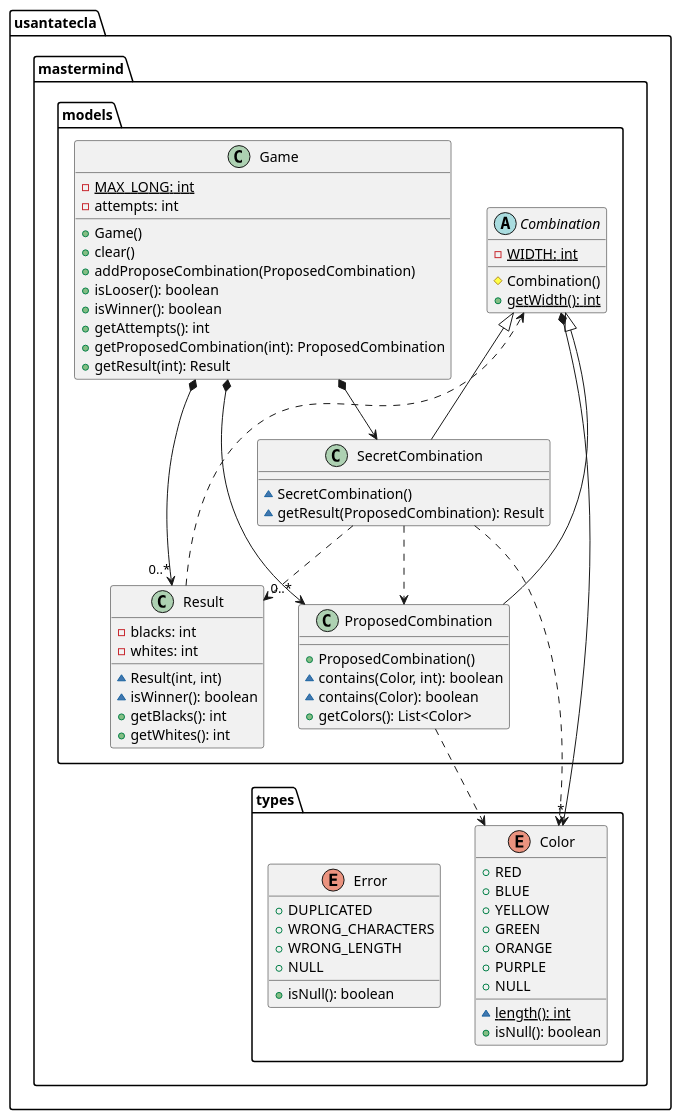
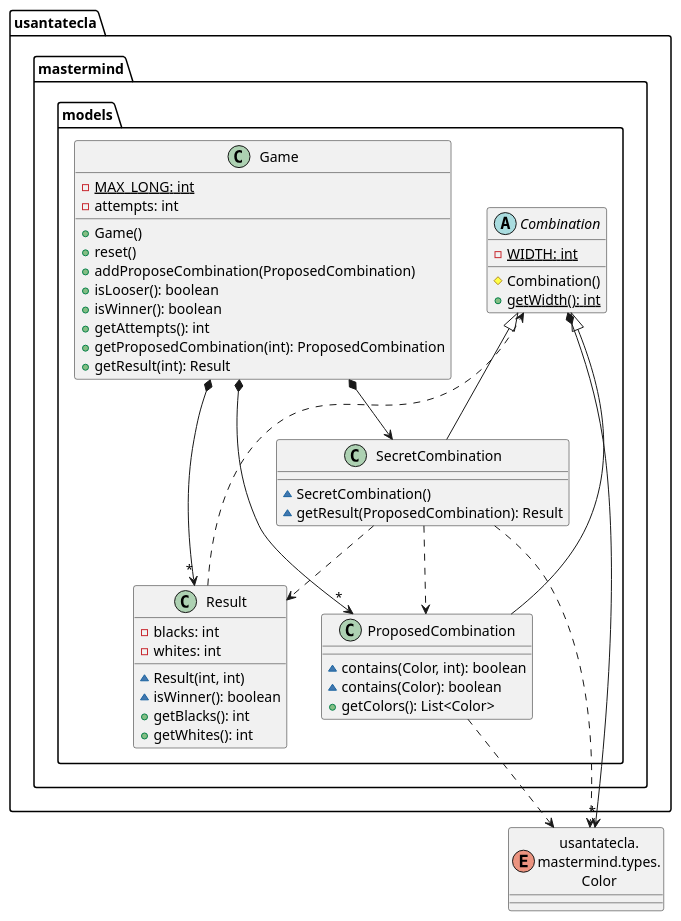
Before and after one commit to SantaTecla-mastermind/solution.java.swing.socket.sql: the fifth of 7 diagrams in documentView/withoutFactoryMethod/docs/diagrams/src/paquetes.plantuml, drawn with PlantUML. The commit also changed other lines of this file and 3 other files, not shown here.

```diff
--- a/documentView/withoutFactoryMethod/docs/diagrams/src/paquetes.plantuml
+++ b/documentView/withoutFactoryMethod/docs/diagrams/src/paquetes.plantuml
@@ -348,74 +348,54 @@
 @startuml usantatecla.mastermind.models
+enum Color as "usantatecla.\nmastermind.types.\nColor"
+
 abstract class usantatecla.mastermind.models.Combination {
-- {static} WIDTH: int
-# Combination()
-+ {static} getWidth(): int
+    - {static} WIDTH: int
+    # Combination()
+    + {static} getWidth(): int
 }
-usantatecla.mastermind.models.Combination *-down-> "*" usantatecla.mastermind.types.Color
+usantatecla.mastermind.models.Combination *-down-> "*" Color
 
 class usantatecla.mastermind.models.Game {
-- {static} MAX_LONG: int
-- attempts: int
-+ Game()
-+ clear()
-+ addProposeCombination(ProposedCombination)
-+ isLooser(): boolean
-+ isWinner(): boolean
-+ getAttempts(): int
-+ getProposedCombination(int): ProposedCombination
-+ getResult(int): Result
+    - {static} MAX_LONG: int
+    - attempts: int
+    + Game()
+    + reset()
+    + addProposeCombination(ProposedCombination)
+    + isLooser(): boolean
+    + isWinner(): boolean
+    + getAttempts(): int
+    + getProposedCombination(int): ProposedCombination
+    + getResult(int): Result
 }
 usantatecla.mastermind.models.Game *-down-> usantatecla.mastermind.models.SecretCombination
-usantatecla.mastermind.models.Game *-down-> "0..*" usantatecla.mastermind.models.Result
-usantatecla.mastermind.models.Game *-down-> "0..*" usantatecla.mastermind.models.ProposedCombination
+usantatecla.mastermind.models.Game *-down-> "*" usantatecla.mastermind.models.Result
+usantatecla.mastermind.models.Game *-down-> "*" usantatecla.mastermind.models.ProposedCombination
 
 class usantatecla.mastermind.models.ProposedCombination {
-+ ProposedCombination()
-~ contains(Color, int): boolean
-~ contains(Color): boolean
-+ getColors(): List<Color>
+    ~ contains(Color, int): boolean
+    ~ contains(Color): boolean
+    + getColors(): List<Color>
 }
-usantatecla.mastermind.models.Combination <|-down- usantatecla.mastermind.models.ProposedCombination
-usantatecla.mastermind.models.ProposedCombination ..> usantatecla.mastermind.types.Color
-
-class usantatecla.mastermind.models.SecretCombination {
-~ SecretCombination()
-~ getResult(ProposedCombination): Result
-}
-usantatecla.mastermind.models.Combination <|-down- usantatecla.mastermind.models.SecretCombination
-usantatecla.mastermind.models.SecretCombination ..> usantatecla.mastermind.models.Result
-usantatecla.mastermind.models.SecretCombination ..> usantatecla.mastermind.models.ProposedCombination
-usantatecla.mastermind.models.SecretCombination ..> usantatecla.mastermind.types.Color
+usantatecla.mastermind.models.ProposedCombination -up-|> usantatecla.mastermind.models.Combination
+usantatecla.mastermind.models.ProposedCombination ..> Color
 
 class usantatecla.mastermind.models.Result {
-- blacks: int
-- whites: int
-~ Result(int, int)
-~ isWinner(): boolean
-+ getBlacks(): int
-+ getWhites(): int
+    - blacks: int
+    - whites: int
+    ~ Result(int, int)
+    ~ isWinner(): boolean
+    + getBlacks(): int
+    + getWhites(): int
 }
 
 usantatecla.mastermind.models.Result ..> usantatecla.mastermind.models.Combination
 
-enum usantatecla.mastermind.types.Color {
-+ RED
-+ BLUE
-+ YELLOW
-+ GREEN
-+ ORANGE
-+ PURPLE
-+ NULL
-~ {static} length(): int
-+ isNull(): boolean
+class usantatecla.mastermind.models.SecretCombination {
+    ~ SecretCombination()
+    ~ getResult(ProposedCombination): Result
 }
-
-enum usantatecla.mastermind.types.Error {
-+ DUPLICATED
-+ WRONG_CHARACTERS
-+ WRONG_LENGTH
-+ NULL
-+ isNull(): boolean
-}
-
+usantatecla.mastermind.models.SecretCombination -up-|> usantatecla.mastermind.models.Combination
+usantatecla.mastermind.models.SecretCombination ..> usantatecla.mastermind.models.Result
+usantatecla.mastermind.models.SecretCombination ..> usantatecla.mastermind.models.ProposedCombination
+usantatecla.mastermind.models.SecretCombination ..> Color
 @enduml
```
